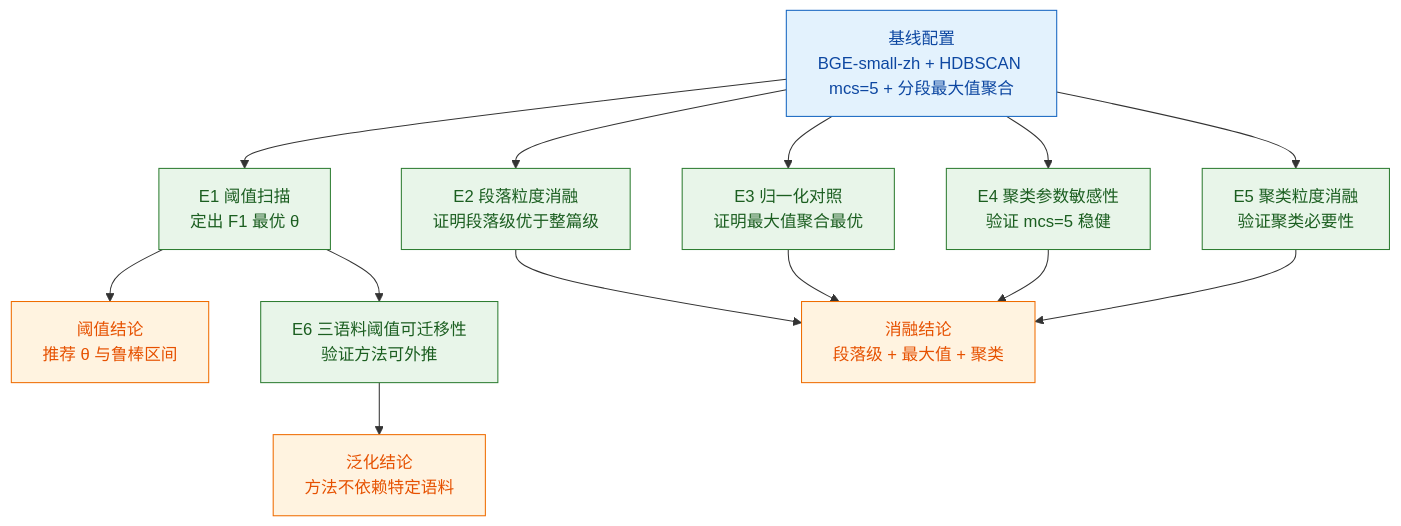
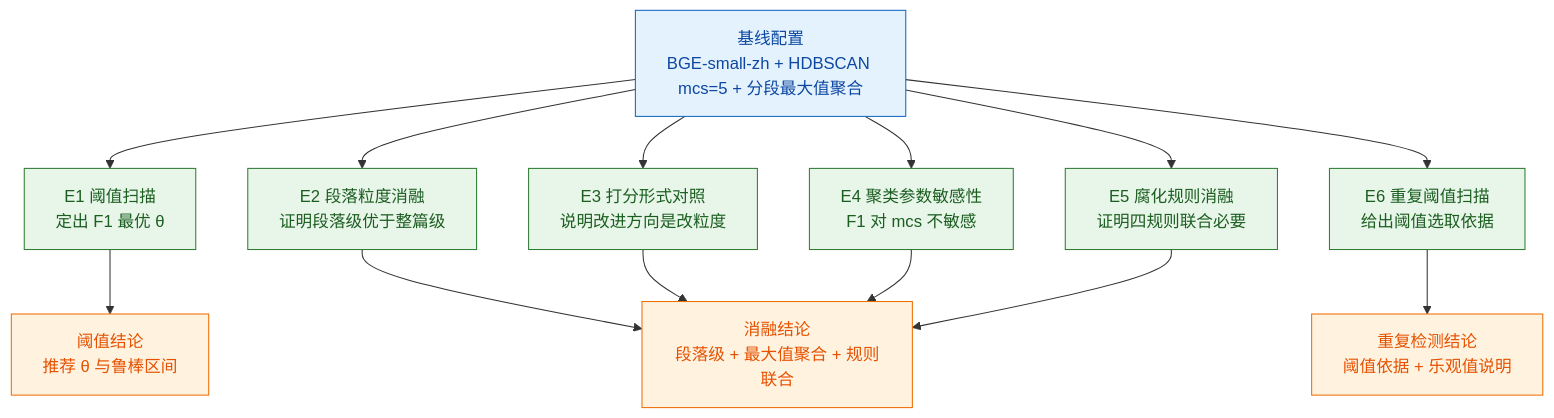
The diagram in poc/kbgovernance/figures/06-实验矩阵图.md (meisijiya/kb-quality-governance), drawn with Mermaid before and after one commit. The commit also changed other lines of this file and 36 other files, not shown here.

````diff
--- a/poc/kbgovernance/figures/06-实验矩阵图.md
+++ b/poc/kbgovernance/figures/06-实验矩阵图.md
@@ -18,32 +20,32 @@
 ```mermaid
 flowchart TD
   BASE["基线配置<br/>BGE-small-zh + HDBSCAN mcs=5 + 分段最大值聚合"]:::base
 
   E1["E1 阈值扫描<br/>定出 F1 最优 θ"]:::exp
   E2["E2 段落粒度消融<br/>证明段落级优于整篇级"]:::exp
-  E3["E3 归一化对照<br/>证明最大值聚合最优"]:::exp
-  E4["E4 聚类参数敏感性<br/>验证 mcs=5 稳健"]:::exp
-  E5["E5 聚类粒度消融<br/>验证聚类必要性"]:::exp
-  E6["E6 三语料阈值可迁移性<br/>验证方法可外推"]:::exp
+  E3["E3 打分形式对照<br/>说明改进方向是改粒度"]:::exp
+  E4["E4 聚类参数敏感性<br/>F1 对 mcs 不敏感"]:::exp
+  E5["E5 腐化规则消融<br/>证明四规则联合必要"]:::exp
+  E6["E6 重复阈值扫描<br/>给出阈值选取依据"]:::exp
 
-  AB["消融结论<br/>段落级 + 最大值 + 聚类"]:::res
+  AB["消融结论<br/>段落级 + 最大值聚合 + 规则联合"]:::res
   TH["阈值结论<br/>推荐 θ 与鲁棒区间"]:::res
-  GEN["泛化结论<br/>方法不依赖特定语料"]:::res
+  DUP["重复检测结论<br/>阈值依据 + 乐观值说明"]:::res
 
   BASE --> E1
   BASE --> E2
   BASE --> E3
   BASE --> E4
   BASE --> E5
+  BASE --> E6
   E1 --> TH
   E2 --> AB
   E3 --> AB
   E4 --> AB
   E5 --> AB
-  E1 --> E6
-  E6 --> GEN
+  E6 --> DUP
 
   classDef base fill:#e3f2fd,stroke:#1565c0,color:#0d47a1
   classDef exp fill:#e8f5e9,stroke:#2e7d32,color:#1b5e20
   classDef res fill:#fff3e0,stroke:#ef6c00,color:#e65100
 ```
````
